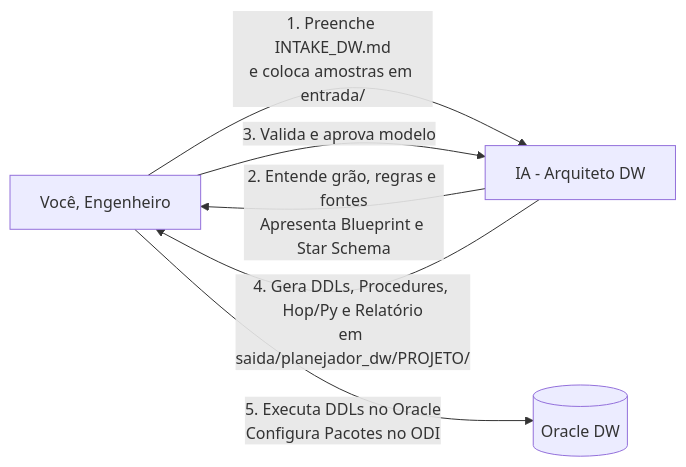
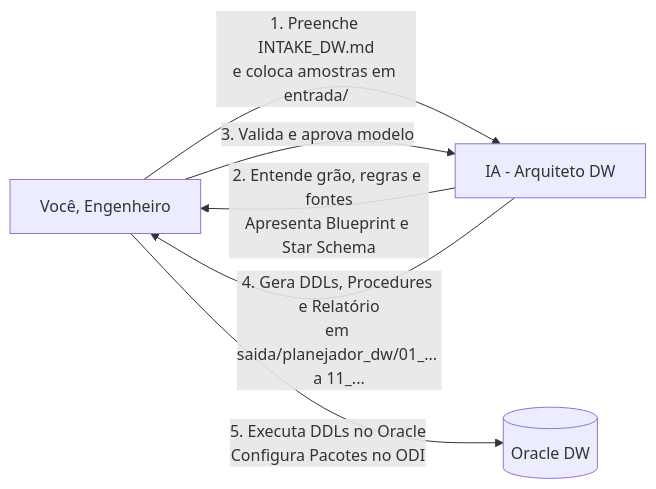
The first of 2 diagrams in documentacao/guias/GUIA_ENGENHEIRO_DW.md (jef-prodeb01/NINHO.03), drawn with Mermaid before and after one commit. The commit also changed other lines of this file and 21 other files, not shown here.

````diff
--- a/documentacao/guias/GUIA_ENGENHEIRO_DW.md
+++ b/documentacao/guias/GUIA_ENGENHEIRO_DW.md
@@ -37,8 +37,8 @@
 ```mermaid
 flowchart LR
     ENG[Você, Engenheiro] -->|1. Preenche INTAKE_DW.md<br/>e coloca amostras em entrada/| IA[IA - Arquiteto DW]
     IA -->|2. Entende grão, regras e fontes<br/>Apresenta Blueprint e Star Schema| ENG
     ENG -->|3. Valida e aprova modelo| IA
-    IA -->|4. Gera DDLs, Procedures, Hop/Py e Relatório<br/>em saida/planejador_dw/PROJETO/| ENG
+    IA -->|4. Gera DDLs, Procedures e Relatório<br/>em saida/planejador_dw/01_... a 11_...| ENG
     ENG -->|5. Executa DDLs no Oracle<br/>Configura Pacotes no ODI| DB[(Oracle DW)]
 ```
````
